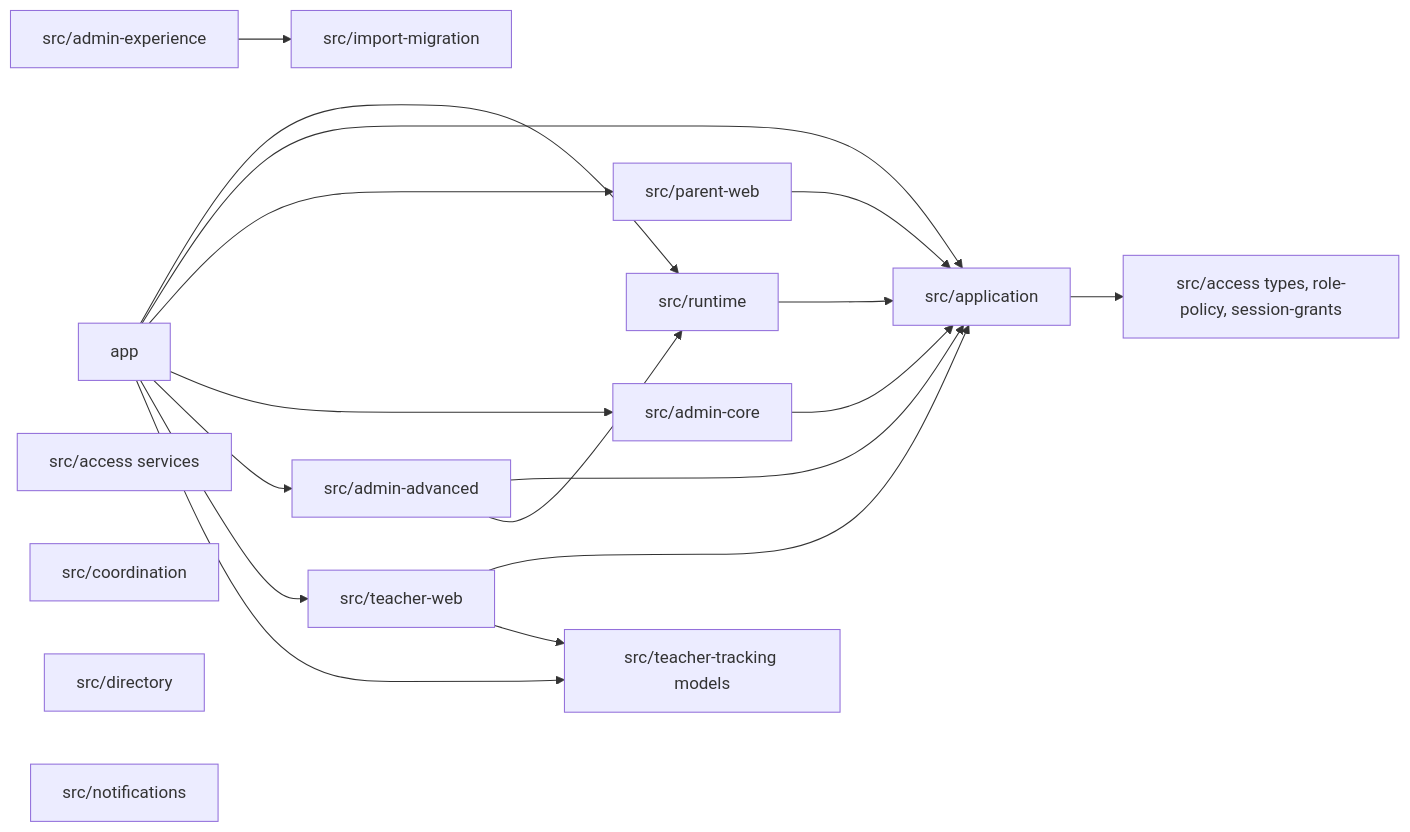
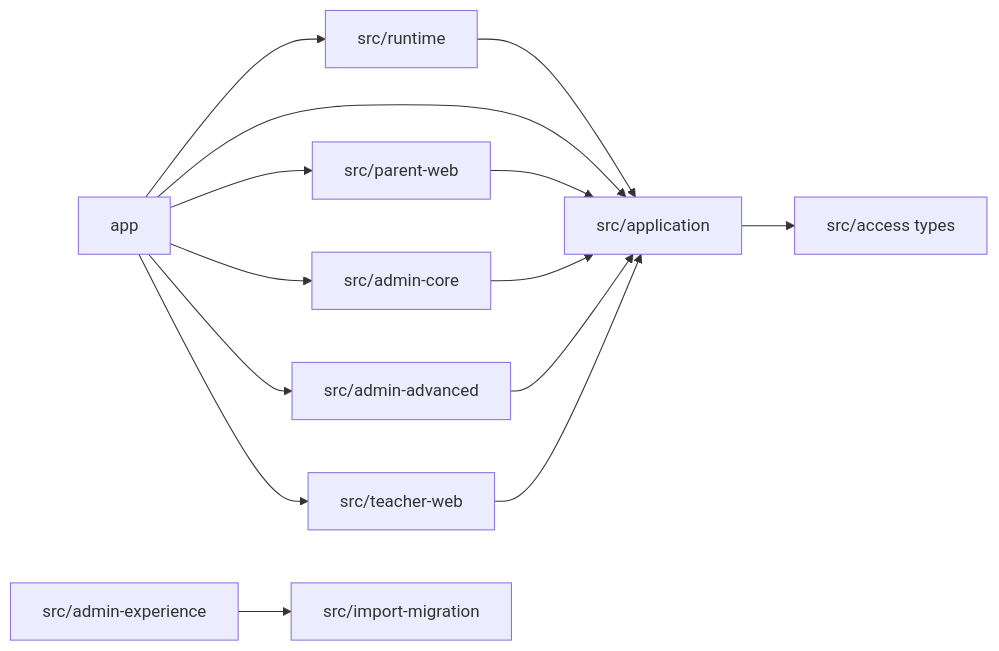
The first of 2 diagrams in aidlc/spaces/default/codekb/waldorf-community-task-manager/dependencies.md (bbotond83/waldorf-community-task-manager), drawn with Mermaid before and after one commit. The commit also changed other lines of this file and 33 other files, not shown here.

````diff
--- a/aidlc/spaces/default/codekb/waldorf-community-task-manager/dependencies.md
+++ b/aidlc/spaces/default/codekb/waldorf-community-task-manager/dependencies.md
@@ -13,23 +11,16 @@
 ```mermaid
 flowchart LR
   app --> runtime[src/runtime]
   app --> application[src/application]
   app --> parentweb[src/parent-web]
   app --> admincore[src/admin-core]
   app --> adminadv[src/admin-advanced]
   app --> teacherweb[src/teacher-web]
-  app --> teachertracking[src/teacher-tracking models]
-  application --> accessTypes[src/access types, role-policy, session-grants]
+  application --> accessTypes[src/access types]
   runtime --> application
   parentweb --> application
   admincore --> application
   adminadv --> application
-  adminadv --> runtime
   teacherweb --> application
-  teacherweb --> teachertracking
   adminexp[src/admin-experience] --> importmig[src/import-migration]
-  access[src/access services]
-  coordination[src/coordination]
-  directory[src/directory]
-  notifications[src/notifications]
 ```
````
